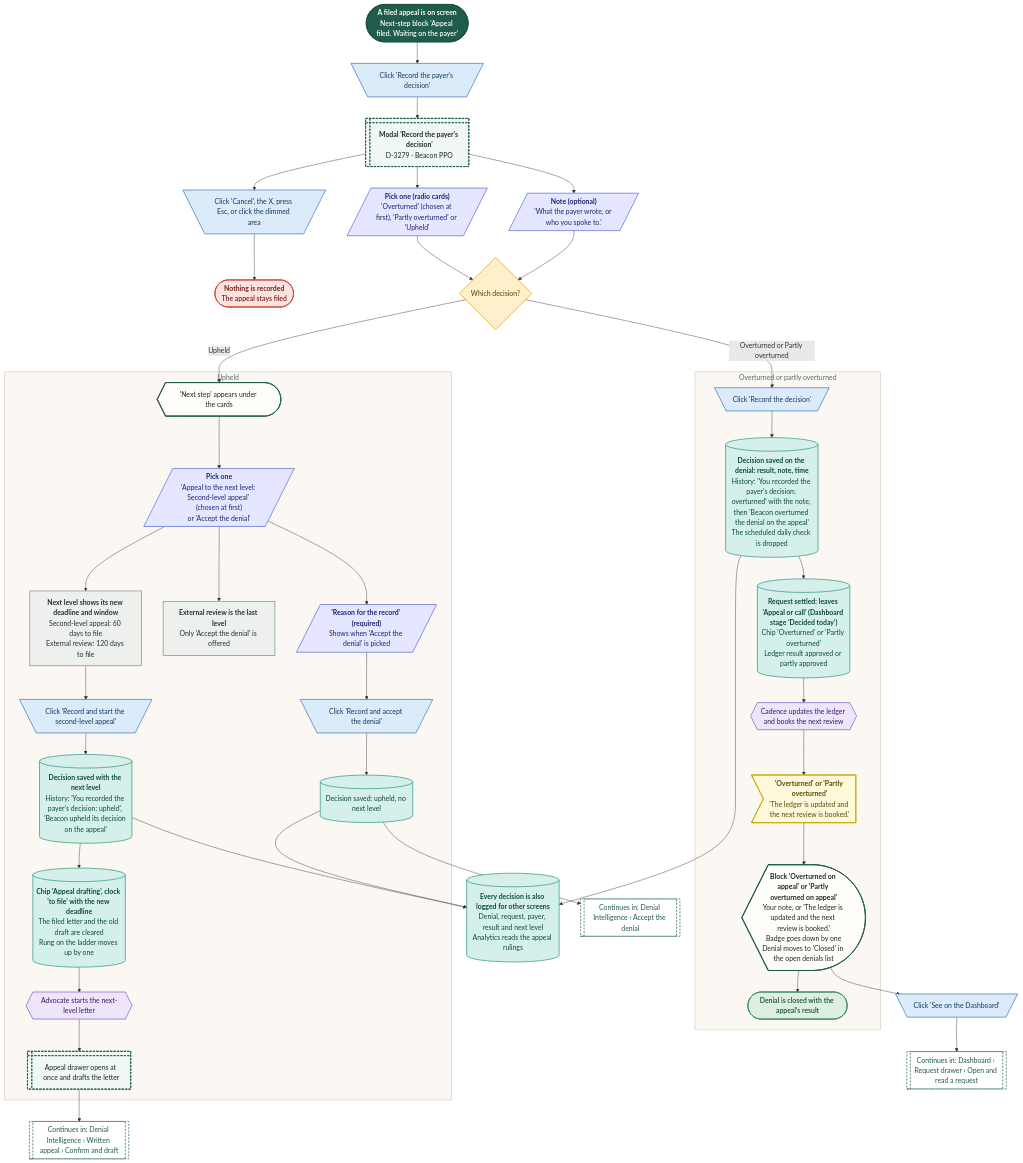
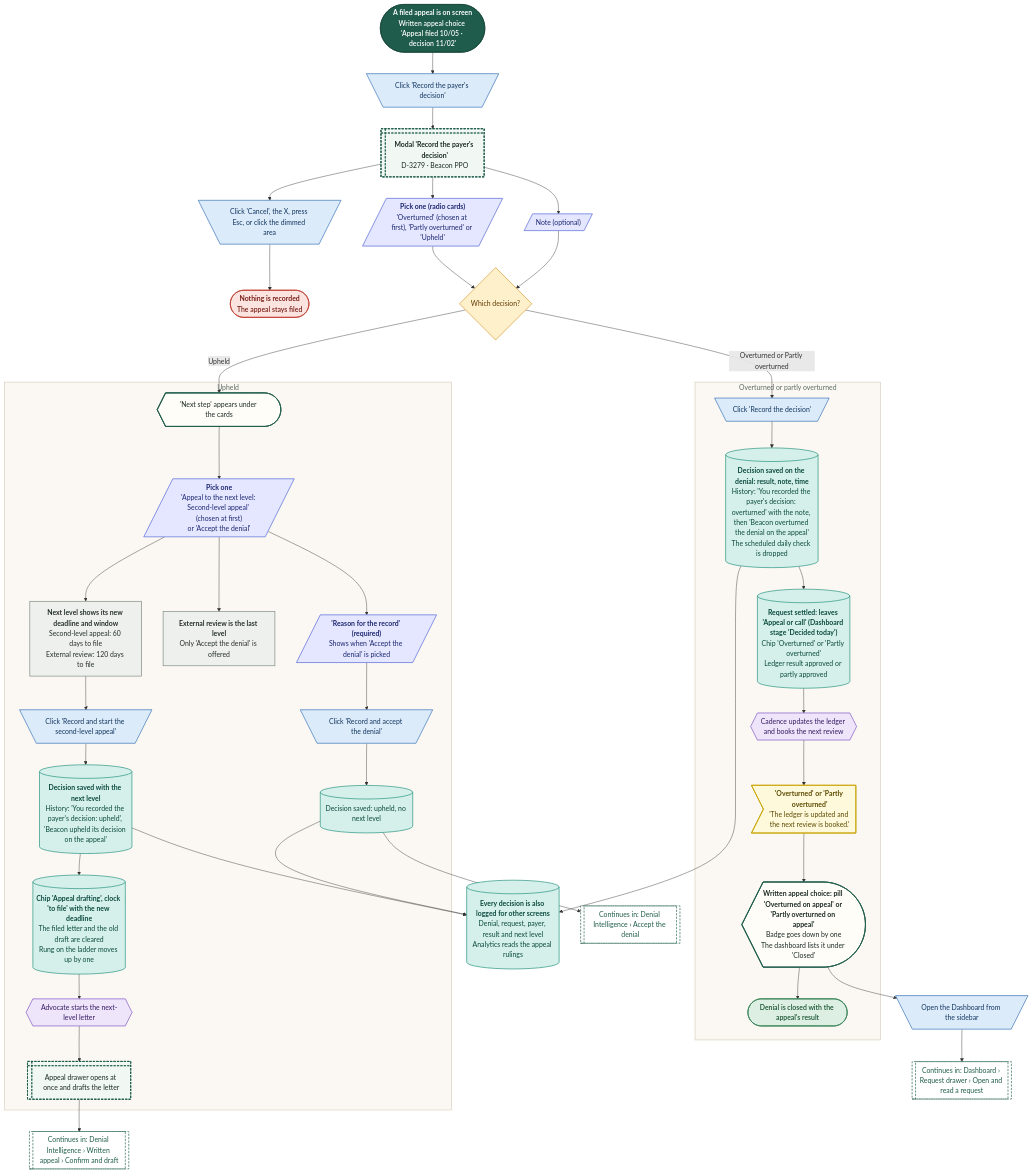
One commit to Shrav143/psyfloapp changed diagram 21 of 28 in demos/prior-auth-demo/workflows/out/md/06-denials.md. Above: the diagram before and after it, drawn with Mermaid. The commit also changed other lines of this file and 202 other files, not shown here.

First line of the commit message:
docs: round 6 README, CONVENTIONS, spec section 17, diagram module blurbs and 336 rebuilt diagrams

```diff
--- a/demos/prior-auth-demo/workflows/out/md/06-denials.md
+++ b/demos/prior-auth-demo/workflows/out/md/06-denials.md
@@ -1669,11 +1545,11 @@
   classDef k_wait fill:#E4E8EE,stroke:#6B7C93,color:#26303D,stroke-width:1.5px
   classDef k_toast fill:#FFF9DB,stroke:#C9A400,color:#5A4A00,stroke-width:1.5px
   classDef k_goto fill:#FFFFFF,stroke:#1F5C4B,color:#1F5C4B,stroke-width:1.5px,stroke-dasharray:5 3
-  s1@{ shape: stadium, label: "<b>A filed appeal is on screen</b><br/>Next-step block 'Appeal filed. Waiting on the payer'" }
+  s1@{ shape: stadium, label: "<b>A filed appeal is on screen</b><br/>Written appeal choice 'Appeal filed 10/05 · decision 11/02'" }
   c1@{ shape: trap-t, label: "Click 'Record the payer's decision'" }
   o1@{ shape: win-pane, label: "<b>Modal 'Record the payer's decision'</b><br/>D-3279 · Beacon PPO" }
   i1@{ shape: lean-r, label: "<b>Pick one (radio cards)</b><br/>'Overturned' (chosen at first), 'Partly overturned' or 'Upheld'" }
-  i2@{ shape: lean-r, label: "<b>Note (optional)</b><br/>'What the payer wrote, or who you spoke to.'" }
+  i2@{ shape: lean-r, label: "Note (optional)" }
   c2@{ shape: trap-t, label: "Click 'Cancel', the X, press Esc, or click the dimmed area" }
   e1@{ shape: stadium, label: "<b>Nothing is recorded</b><br/>The appeal stays filed" }
   d1@{ shape: diam, label: "Which decision?" }
@@ -1683,7 +1559,7 @@
   st2@{ shape: cyl, label: "<b>Request settled: leaves 'Appeal or call' (Dashboard stage 'Decided today')</b><br/>Chip 'Overturned' or 'Partly overturned'<br/>Ledger result approved or partly approved" }
   a1@{ shape: hex, label: "Cadence updates the ledger and books the next review" }
   t1@{ shape: odd, label: "<b>'Overturned' or 'Partly overturned'</b><br/>'The ledger is updated and the next review is booked.'" }
-  sc1@{ shape: curv-trap, label: "<b>Block 'Overturned on appeal' or 'Partly overturned on appeal'</b><br/>Your note, or 'The ledger is updated and the next review is booked.'<br/>Badge goes down by one<br/>Denial moves to 'Closed' in the open denials list" }
+  sc1@{ shape: curv-trap, label: "<b>Written appeal choice: pill 'Overturned on appeal' or 'Partly overturned on appeal'</b><br/>Badge goes down by one<br/>The dashboard lists it under 'Closed'" }
   e2@{ shape: stadium, label: "Denial is closed with the appeal's result" }
   end
   subgraph gUp ["Upheld"]
@@ -1701,7 +1577,7 @@
   st5@{ shape: cyl, label: "Decision saved: upheld, no next level" }
   end
   r1@{ shape: cyl, label: "<b>Every decision is also logged for other screens</b><br/>Denial, request, payer, result and next level<br/>Analytics reads the appeal rulings" }
-  c6@{ shape: trap-t, label: "Click 'See on the Dashboard'" }
+  c6@{ shape: trap-t, label: "Open the Dashboard from the sidebar" }
   g1@{ shape: subproc, label: "Continues in: Dashboard › Request drawer › Open and read a request" }
   g2@{ shape: subproc, label: "Continues in: Denial Intelligence › Written appeal › Confirm and draft" }
   g3@{ shape: subproc, label: "Continues in: Denial Intelligence › Accept the denial" }
```
